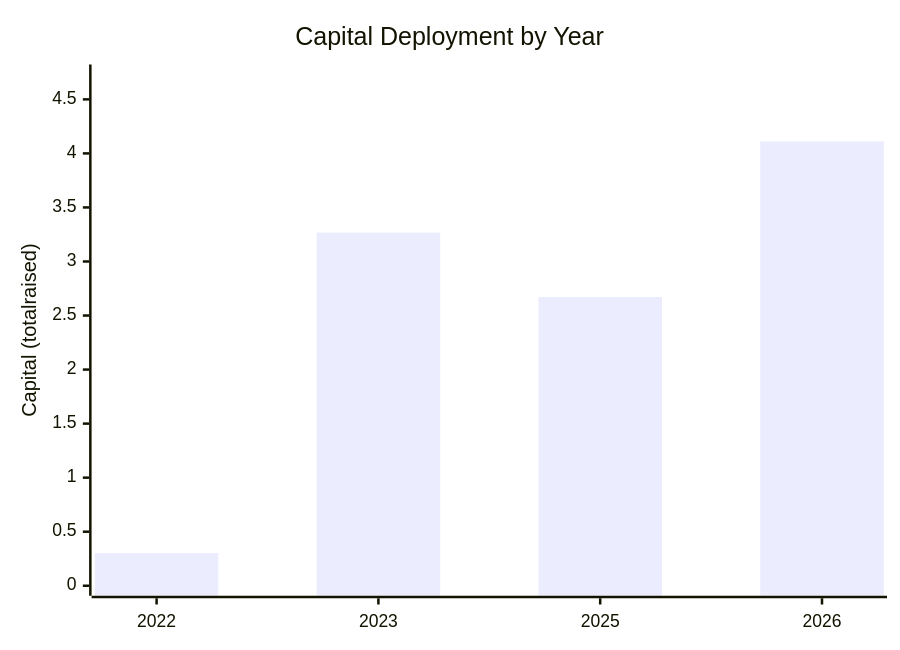
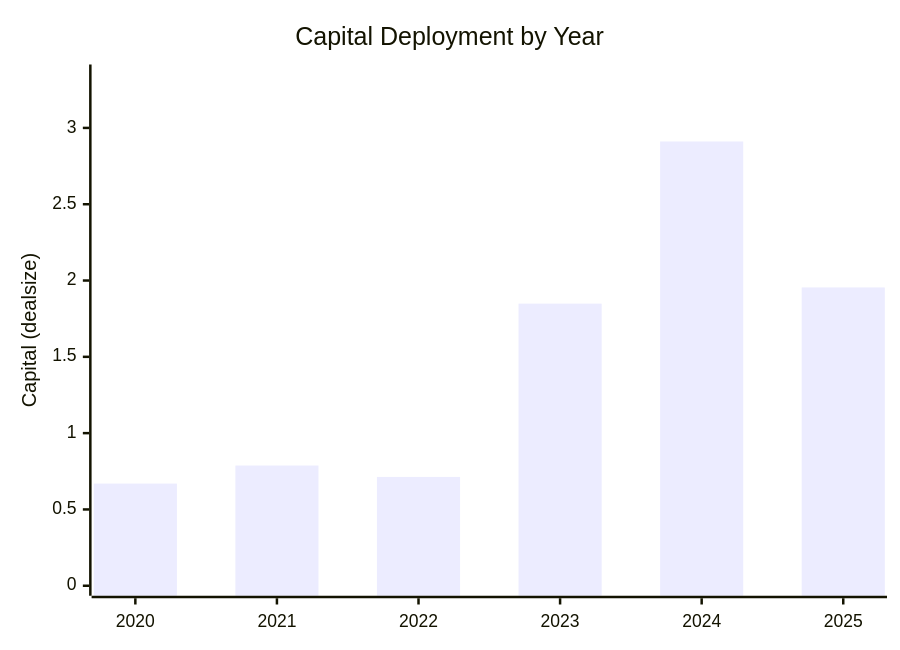
One commit to Liangxiao-LI/Quant_projects changed the third of 3 diagrams in VCAnalysis/MEIF_Dashboard/README_brief.md. Above: the diagram before and after it, drawn with Mermaid. The commit also changed other lines of this file and 3 other files, not shown here.

````diff
--- a/VCAnalysis/MEIF_Dashboard/README_brief.md
+++ b/VCAnalysis/MEIF_Dashboard/README_brief.md
@@ -66,7 +70,7 @@
 ```mermaid
 xychart-beta
     title "Capital Deployment by Year"
-    x-axis ["2022", "2023", "2025", "2026"]
-    y-axis "Capital (totalraised)" 0 --> 4.73
-    bar [0.3021, 3.2672, 2.6710, 4.1106]
+    x-axis ["2020", "2021", "2022", "2023", "2024", "2025"]
+    y-axis "Capital (dealsize)" 0 --> 3.35
+    bar [0.6694, 0.7877, 0.7132, 1.8486, 2.9112, 1.9546]
 ```
````
